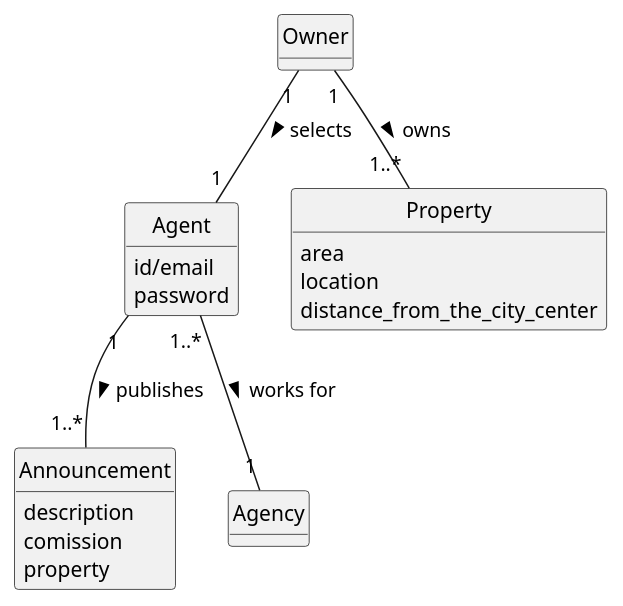
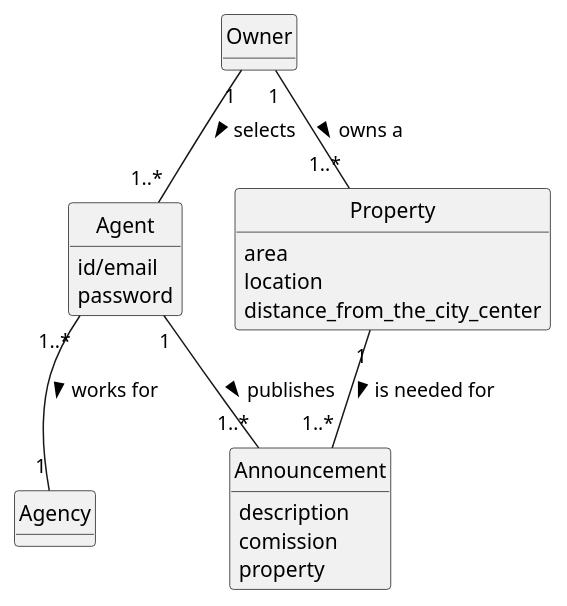
The diagram in docs/Sprint-B/US002/02.analysis/puml/us002-domain-model.puml (Rodrick0209/ISEP-LAPR2-22-23), drawn with PlantUML before and after one commit. The commit also changed 4 other files, not shown here.

```diff
--- a/docs/Sprint-B/US002/02.analysis/puml/us002-domain-model.puml
+++ b/docs/Sprint-B/US002/02.analysis/puml/us002-domain-model.puml
@@ -1,44 +1,44 @@
     @startuml
 skinparam monochrome true
 skinparam packageStyle rectangle
 skinparam shadowing false
 
 'left to right direction
 
 skinparam classAttributeIconSize 0
 
 hide circle
 hide methods
 
 'title Domain Model
 
 'class Platform {
 '  -description
 '}
 
 class Agent {
 id/email
 password
 }
 
 class Owner {
 }
 
 class Property {
    area
    location
     distance_from_the_city_center
 }
 
 class Announcement {
     description
     comission
     property
   }
 
-Owner "1" -- "1" Agent : selects >
-Owner "1" -- "1..*" Property : owns >
+Owner "1" -- "1..*" Agent : selects >
+Owner "1" -- "1..*" Property : owns a >
 Agent "1" -- "1..*" Announcement : publishes >
 Agent "1..*" -- "1" Agency : works for >
-
+Property "1"-- "1..*"Announcement: is needed for  >
 @enduml
```
